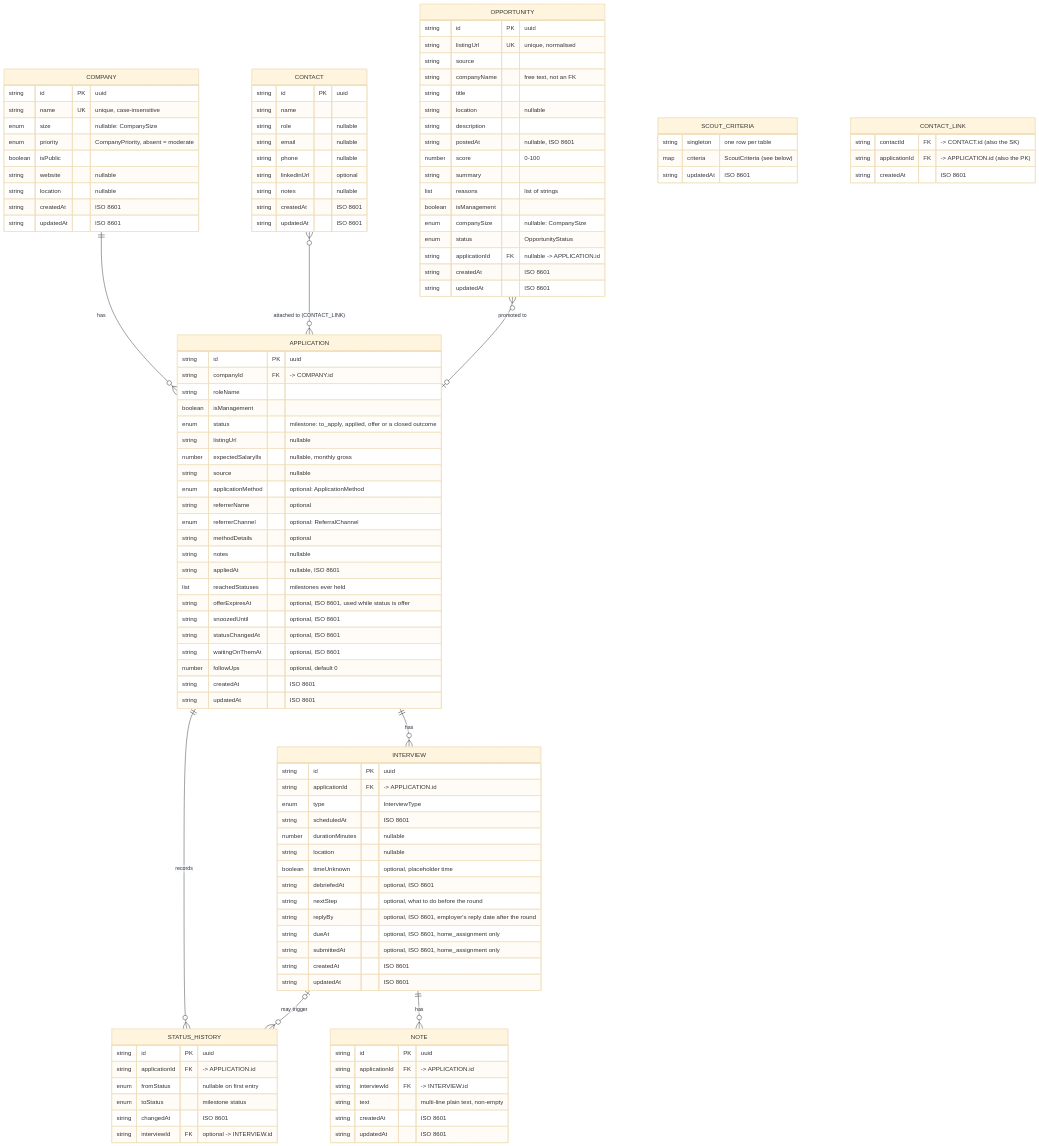
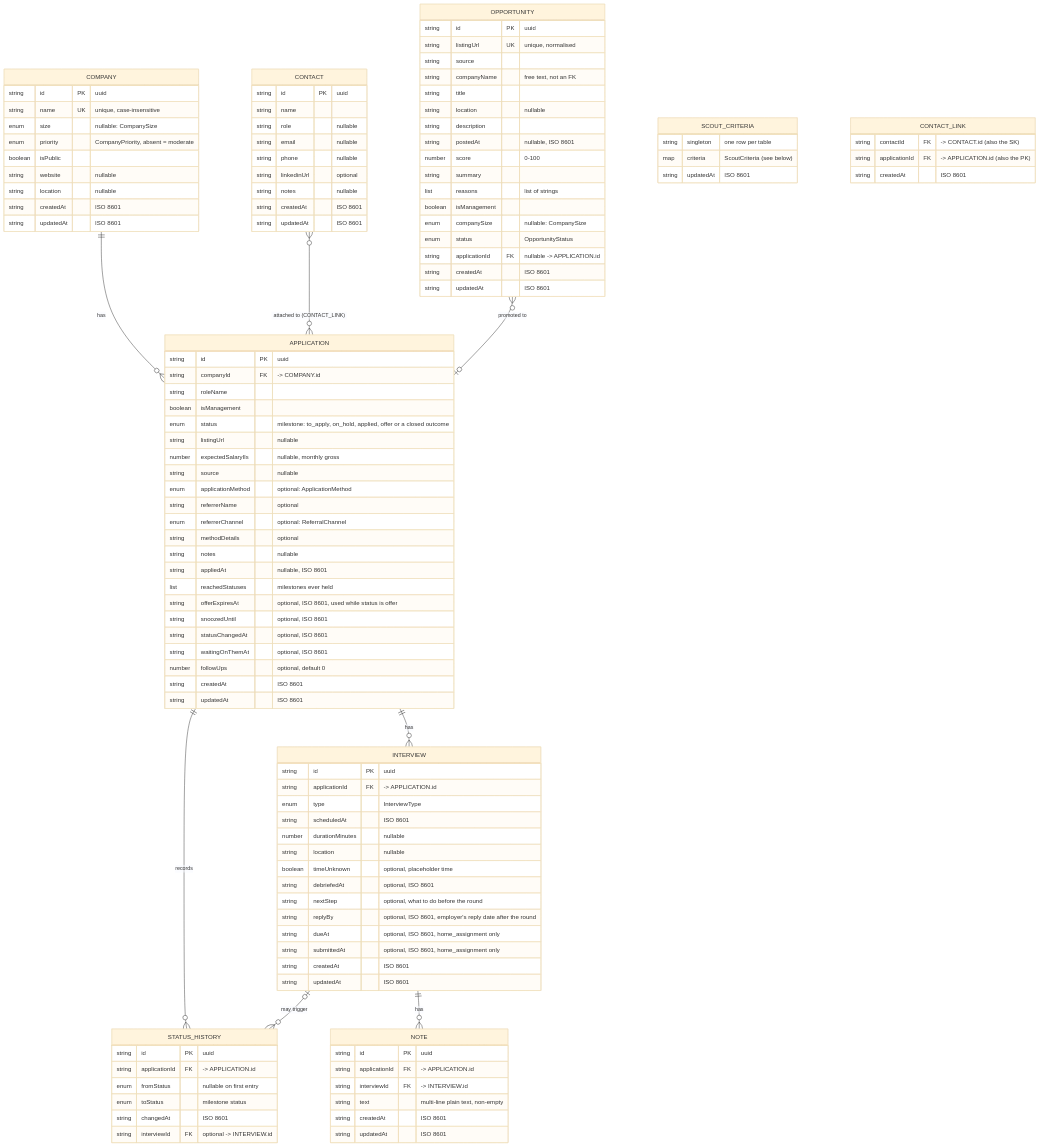
One commit to shayyzhakov/job-tracker changed the first of 2 diagrams in docs/DATA-MODEL.md. Above: the diagram before and after it, drawn with Mermaid (base theme). The commit also changed other lines of this file and 25 other files, not shown here.

```diff
--- a/docs/DATA-MODEL.md
+++ b/docs/DATA-MODEL.md
@@ -39,7 +39,7 @@
         string companyId FK "-> COMPANY.id"
         string roleName
         boolean isManagement
-        enum status "milestone: to_apply, applied, offer or a closed outcome"
+        enum status "milestone: to_apply, on_hold, applied, offer or a closed outcome"
         string listingUrl "nullable"
         number expectedSalaryIls "nullable, monthly gross"
         string source "nullable"
```
